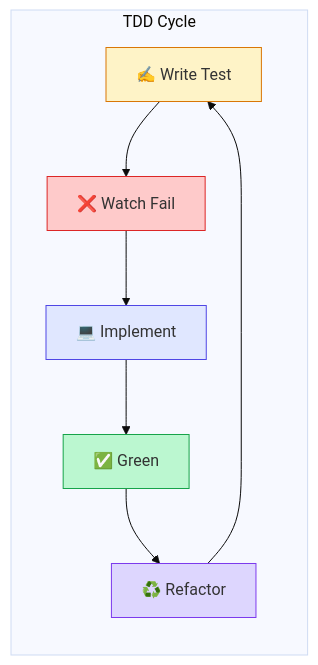
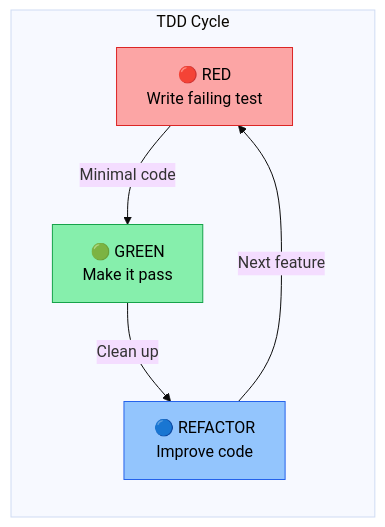
The third of 8 diagrams in README.md (visionik/deft), drawn with Mermaid (base theme) before and after one commit. The commit also changed other lines of this file, not shown here.

First line of the commit message:
docs: add Mermaid diagrams to README for visual explanations

````diff
--- a/README.md
+++ b/README.md
@@ -298,17 +309,16 @@
 ```mermaid
-flowchart TB
-    subgraph TDD ["TDD Cycle"]
-        direction TB
-        W["✍️ Write Test"] --> F["❌ Watch Fail"]
-        F --> I["💻 Implement"]
-        I --> G["✅ Green"]
-        G --> R["♻️ Refactor"]
-        R --> W
+flowchart LR
+    subgraph cycle ["TDD Cycle"]
+        R["🔴 RED<br/>Write failing test"]
+        G["🟢 GREEN<br/>Make it pass"]
+        B["🔵 REFACTOR<br/>Improve code"]
     end
-    
-    style W fill:#fef3c7,stroke:#d97706
-    style F fill:#fecaca,stroke:#dc2626
-    style I fill:#e0e7ff,stroke:#4f46e5
-    style G fill:#bbf7d0,stroke:#16a34a
-    style R fill:#ddd6fe,stroke:#7c3aed
+
+    R -->|"Minimal code"| G
+    G -->|"Clean up"| B
+    B -->|"Next feature"| R
+
+    style R fill:#fca5a5,stroke:#dc2626,color:#000
+    style G fill:#86efac,stroke:#16a34a,color:#000
+    style B fill:#93c5fd,stroke:#2563eb,color:#000
 ```
````
